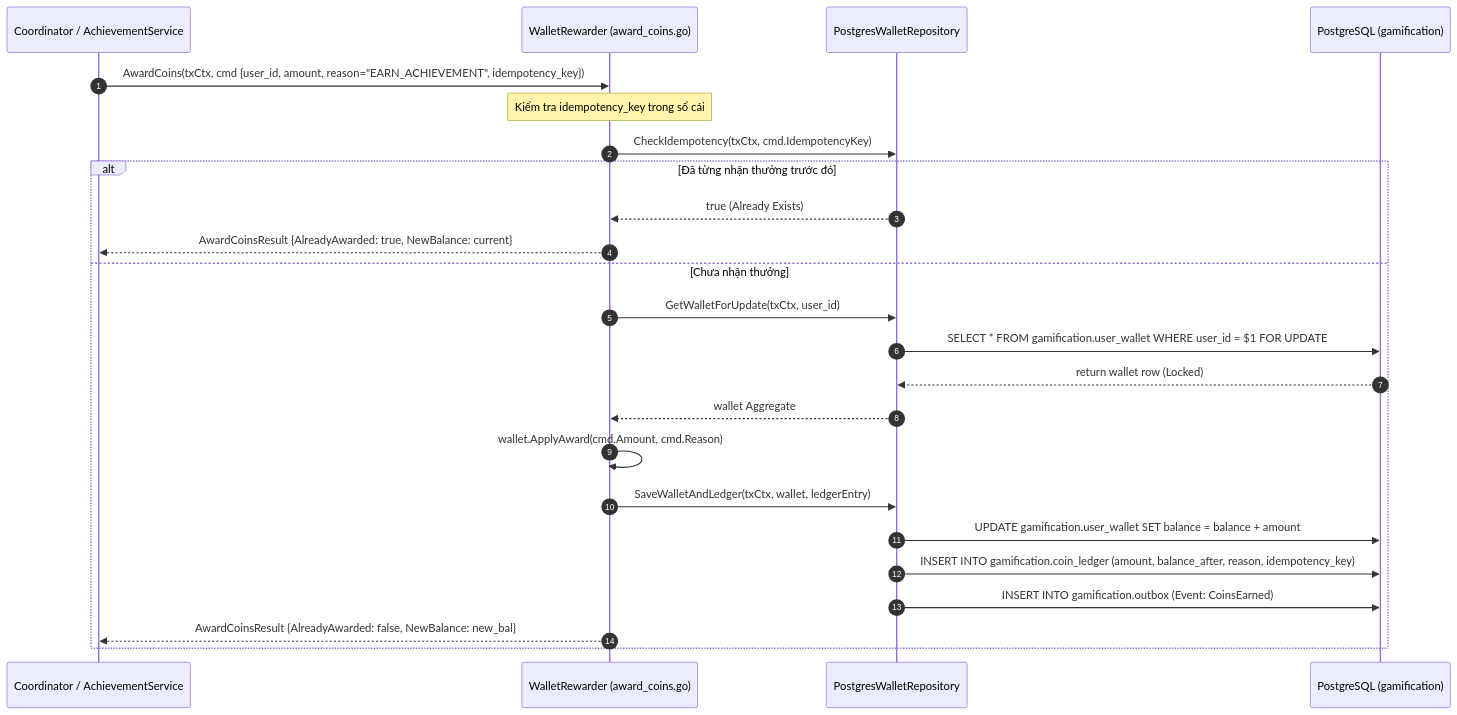
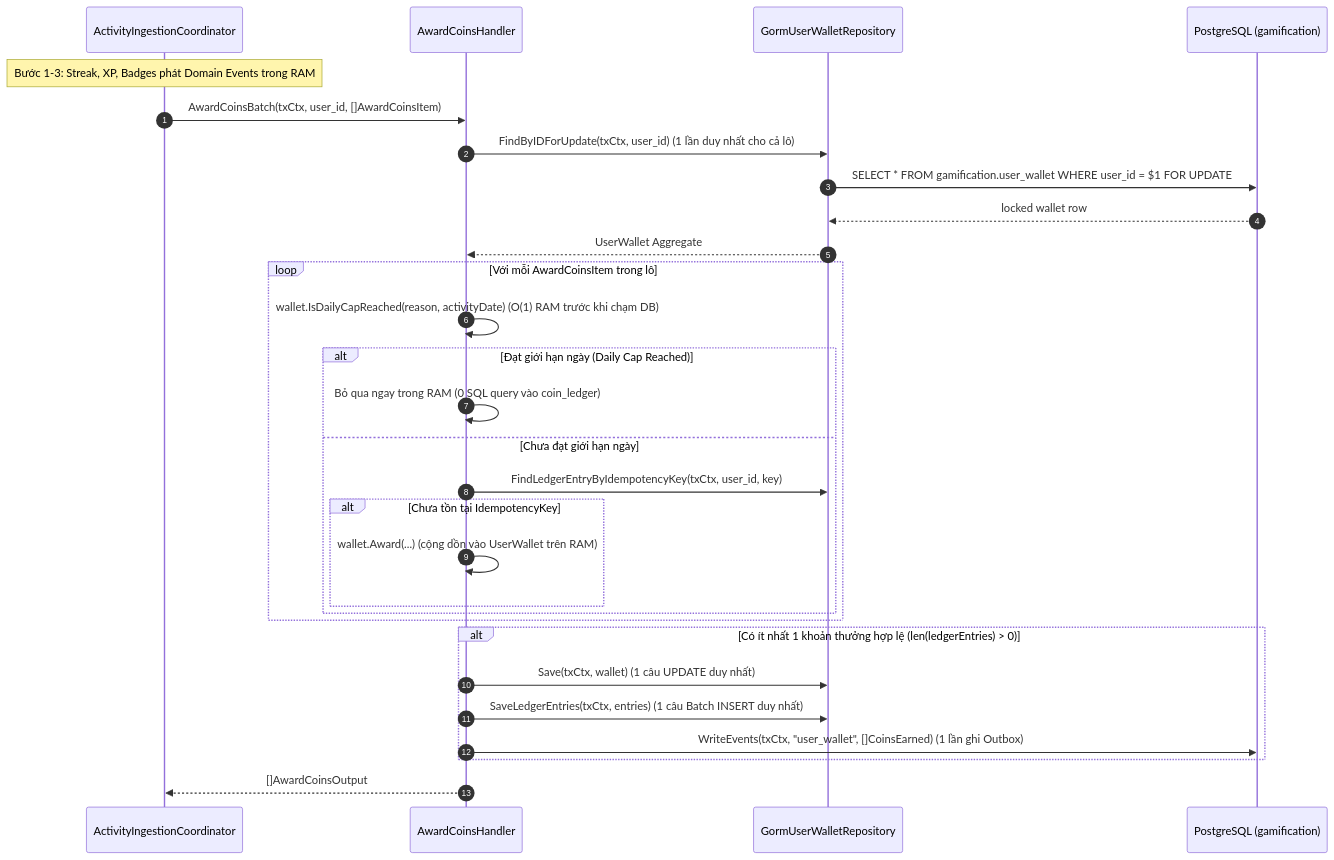
The third of 4 diagrams in internal/gamification/docs/features/fitcoins-and-ledger/02-design.md (viethung213/gym-companion), drawn with Mermaid before and after one commit. The commit also changed other lines of this file and 55 other files, not shown here.

Commit message:
✨ feat(gamification): implement fitcoins virtual wallet, immutable ledger, and batch rewarding (#357)

````diff
--- a/internal/gamification/docs/features/fitcoins-and-ledger/02-design.md
+++ b/internal/gamification/docs/features/fitcoins-and-ledger/02-design.md
@@ -156,29 +140,34 @@
 ```mermaid
 sequenceDiagram
     autonumber
-    participant Caller as Coordinator / AchievementService
-    participant Port as WalletRewarder (award_coins.go)
-    participant Repo as PostgresWalletRepository
+    participant Coord as ActivityIngestionCoordinator
+    participant Handler as AwardCoinsHandler
+    participant Repo as GormUserWalletRepository
     participant DB as PostgreSQL (gamification)
 
-    Caller->>Port: AwardCoins(txCtx, cmd {user_id, amount, reason="EARN_ACHIEVEMENT", idempotency_key})
-    
-    Note over Port: Kiểm tra idempotency_key trong sổ cái
-    Port->>Repo: CheckIdempotency(txCtx, cmd.IdempotencyKey)
-    alt Đã từng nhận thưởng trước đó
-        Repo-->>Port: true (Already Exists)
-        Port-->>Caller: AwardCoinsResult {AlreadyAwarded: true, NewBalance: current}
-    else Chưa nhận thưởng
-        Port->>Repo: GetWalletForUpdate(txCtx, user_id)
-        Repo->>DB: SELECT * FROM gamification.user_wallet WHERE user_id = $1 FOR UPDATE
-        DB-->>Repo: return wallet row (Locked)
-        Repo-->>Port: wallet Aggregate
-        
-        Port->>Port: wallet.ApplyAward(cmd.Amount, cmd.Reason)
-        Port->>Repo: SaveWalletAndLedger(txCtx, wallet, ledgerEntry)
-        Repo->>DB: UPDATE gamification.user_wallet SET balance = balance + amount
-        Repo->>DB: INSERT INTO gamification.coin_ledger (amount, balance_after, reason, idempotency_key)
-        Repo->>DB: INSERT INTO gamification.outbox (Event: CoinsEarned)
-        Port-->>Caller: AwardCoinsResult {AlreadyAwarded: false, NewBalance: new_bal}
+    Note over Coord: Bước 1-3: Streak, XP, Badges phát Domain Events trong RAM
+    Coord->>Handler: AwardCoinsBatch(txCtx, user_id, []AwardCoinsItem)
+    Handler->>Repo: FindByIDForUpdate(txCtx, user_id) (1 lần duy nhất cho cả lô)
+    Repo->>DB: SELECT * FROM gamification.user_wallet WHERE user_id = $1 FOR UPDATE
+    DB-->>Repo: locked wallet row
+    Repo-->>Handler: UserWallet Aggregate
+
+    loop Với mỗi AwardCoinsItem trong lô
+        Handler->>Handler: wallet.IsDailyCapReached(reason, activityDate) (O(1) RAM trước khi chạm DB)
+        alt Đạt giới hạn ngày (Daily Cap Reached)
+            Handler->>Handler: Bỏ qua ngay trong RAM (0 SQL query vào coin_ledger)
+        else Chưa đạt giới hạn ngày
+            Handler->>Repo: FindLedgerEntryByIdempotencyKey(txCtx, user_id, key)
+            alt Chưa tồn tại IdempotencyKey
+                Handler->>Handler: wallet.Award(...) (cộng dồn vào UserWallet trên RAM)
+            end
+        end
     end
+
+    alt Có ít nhất 1 khoản thưởng hợp lệ (len(ledgerEntries) > 0)
+        Handler->>Repo: Save(txCtx, wallet) (1 câu UPDATE duy nhất)
+        Handler->>Repo: SaveLedgerEntries(txCtx, entries) (1 câu Batch INSERT duy nhất)
+        Handler->>DB: WriteEvents(txCtx, "user_wallet", []CoinsEarned) (1 lần ghi Outbox)
+    end
+    Handler-->>Coord: []AwardCoinsOutput
 ```
````
